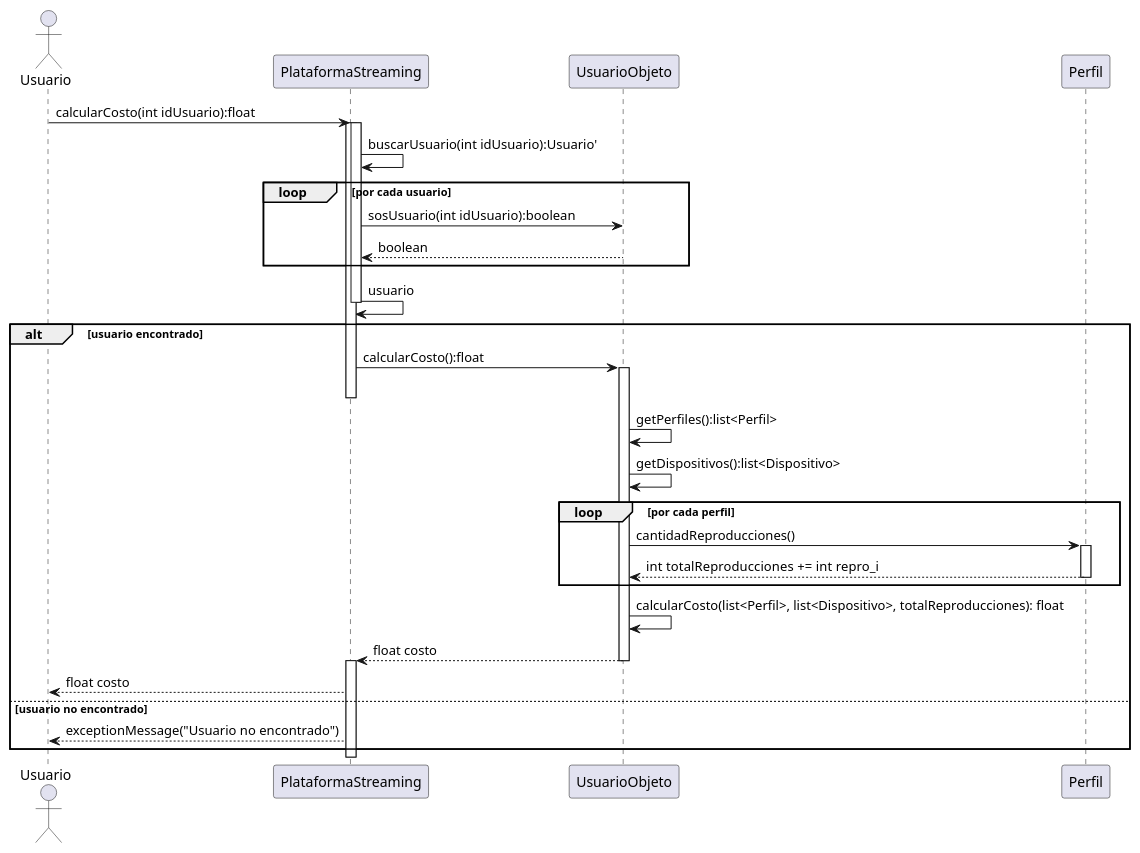
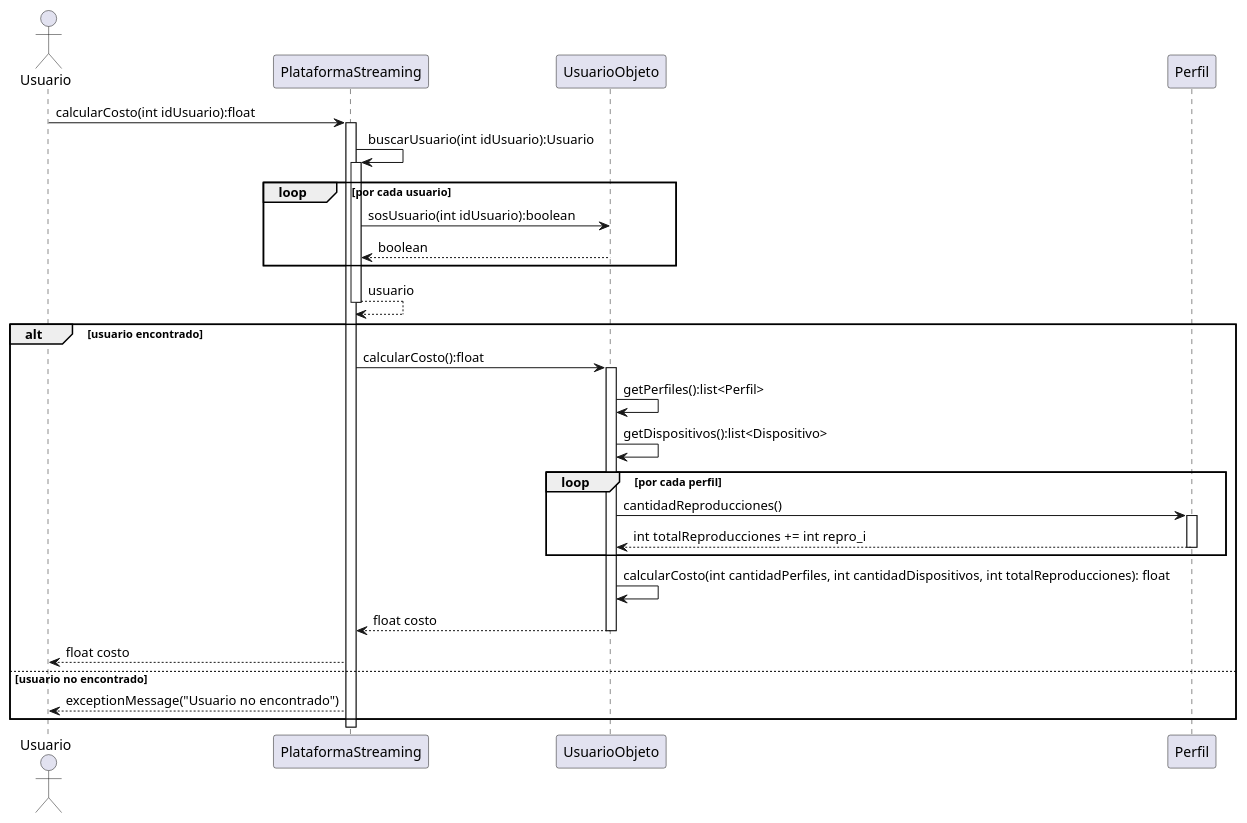
Before and after one commit to bernardoFac/poo_tn_25_1c: the diagram in reformSec2.puml, drawn with PlantUML. The commit also changed 5 other files, not shown here.

```diff
--- a/reformSec2.puml
+++ b/reformSec2.puml
@@ -1,39 +1,38 @@
 @startuml
 actor Usuario
 participant PlataformaStreaming as PS
 participant UsuarioObjeto       as U
 participant Perfil           as P
 
 Usuario -> PS : calcularCosto(int idUsuario):float
 activate PS
+
+PS -> PS : buscarUsuario(int idUsuario):Usuario
+loop por cada usuario
 activate PS
-PS -> PS : buscarUsuario(int idUsuario):Usuario'
-loop por cada usuario
 PS->U: sosUsuario(int idUsuario):boolean
 U-->PS: boolean
 end
-PS->PS: usuario
+PS-->PS: usuario
 deactivate PS
 
 alt usuario encontrado
   PS -> U : calcularCosto():float
   activate U
-  deactivate PS
 
   U -> U : getPerfiles():list<Perfil>
   U -> U : getDispositivos():list<Dispositivo>
   loop por cada perfil
     U -> P : cantidadReproducciones()
     activate P
     P --> U : int totalReproducciones  += int repro_i
     deactivate P
   end
-  U -> U : calcularCosto(list<Perfil>, list<Dispositivo>, totalReproducciones): float
+  U -> U : calcularCosto(int cantidadPerfiles, int cantidadDispositivos, int totalReproducciones): float
   U --> PS : float costo
   deactivate U
-  activate PS
   PS --> Usuario : float costo
 else usuario no encontrado
   PS --> Usuario : exceptionMessage("Usuario no encontrado")
 end
 @enduml
```
